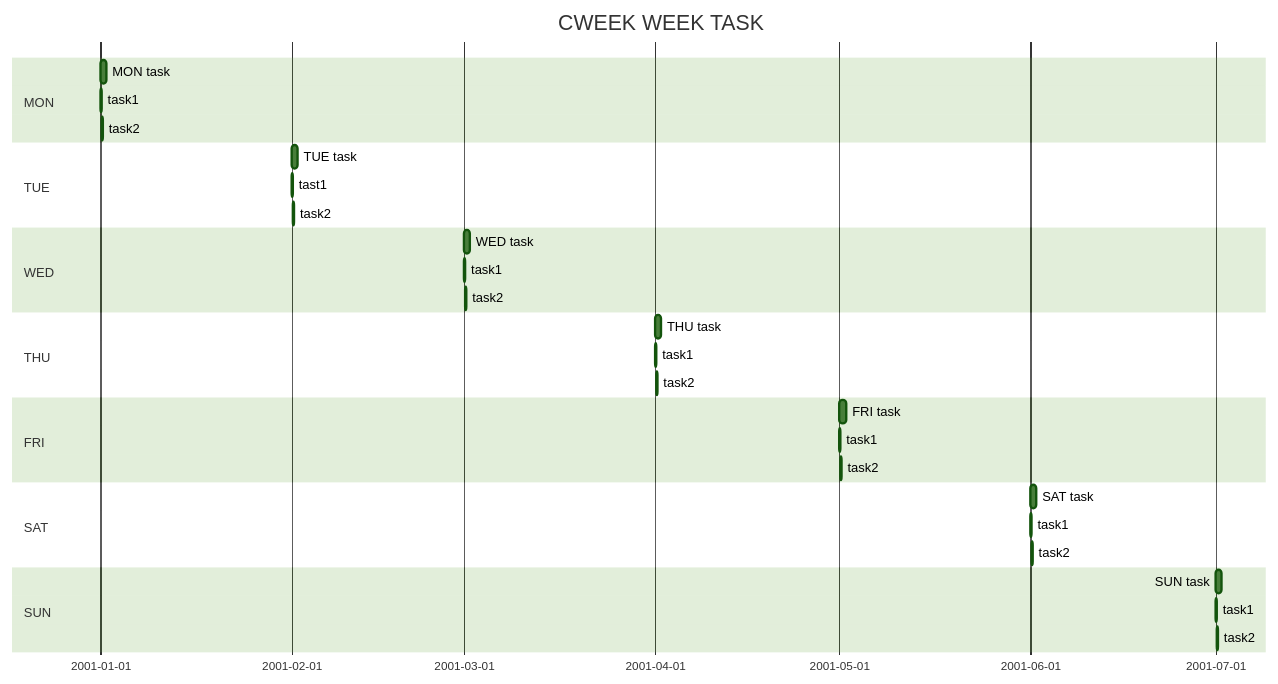
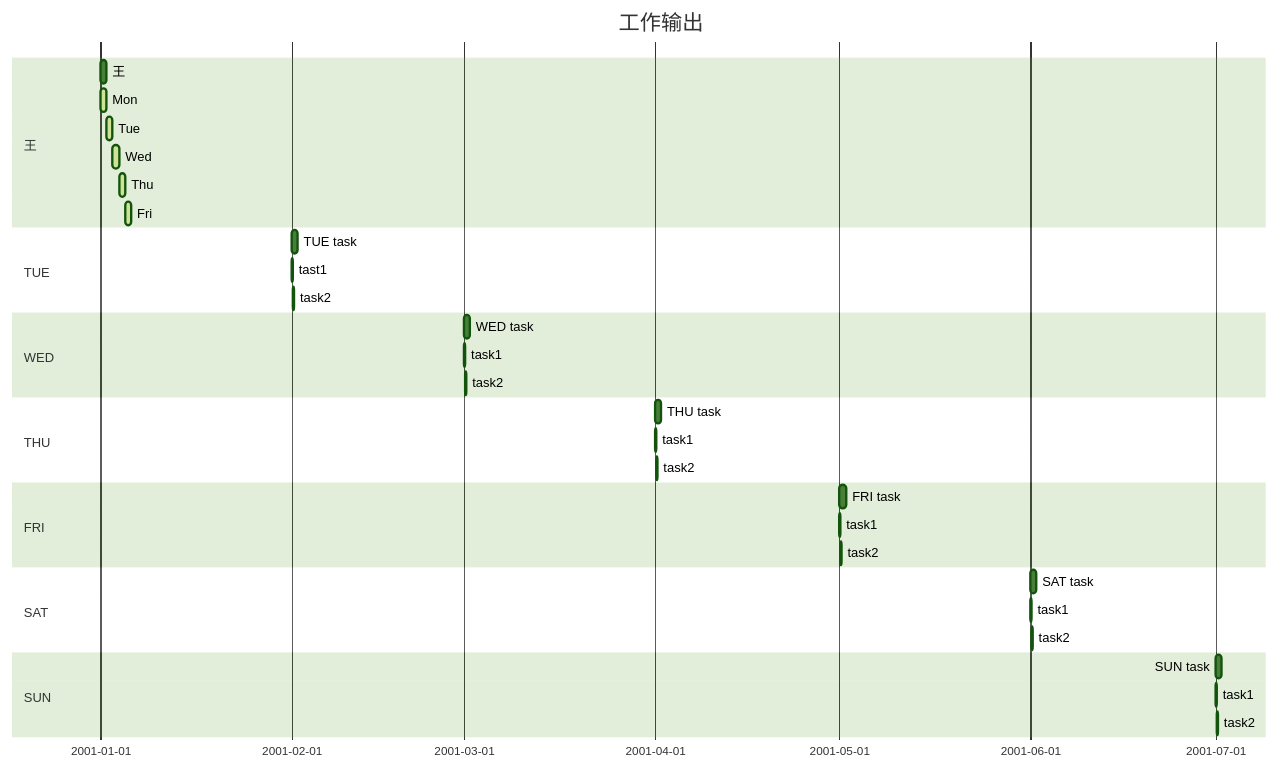
Before and after one commit to DC-Melo/README: the diagram in README.md, drawn with Mermaid (forest theme). The commit also changed other lines of this file, not shown here.

````diff
--- a/README.md
+++ b/README.md
@@ -72,40 +73,43 @@
 ```mermaid
 gantt
     dateFormat  YYYY-MM-DD
-    title CWEEK WEEK TASK
+    title 工作输出
 
-    section MON
-    MON task    : mon0p  , TOWEEK.1 , 1d
-    task1       : active , mon1f    , TOWEEK.1    , 4h
-    task2       : active , mon2f    , after mon1f , 4h
+    section 王
+    王    : mon0p  , TOWEEK.1 , 1d
+    Mon        : active , mon1f    , TOWEEK.1    , 1d
+    Tue        : active , mon2f    , after mon1f , 1d
+    Wed        : active , mon3f    , after mon2f , 1d
+    Thu        : active , mon4f    , after mon3f , 1d
+    Fri        : active , mon5f    , after mon4f , 1d
 
     section TUE
     TUE task    : tue0p  , TOWEEK.2 , 1d
     tast1       : active , tue1f    , TOWEEK.2    , 4h
     task2       : active , tue2f    , after tue1f , 4h
 
     section WED
     WED task    : wed0p  , TOWEEK.3 , 1d
     task1       : active , wed1f    , TOWEEK.3    , 4h
     task2       : active , wed2f    , after wed1f , 4h
 
     section THU
     THU task    : thu0p  , TOWEEK.4 , 1d
     task1       : active , thu1f    , TOWEEK.4    , 4h
     task2       : active , thu2f    , after thu1f , 4h
 
     section FRI
     FRI task    : fri0p  , TOWEEK.5 , 1d
     task1       : active , fri1f    , TOWEEK.5    , 4h
     task2       : active , fri2f    , after fri1f , 4h
 
     section SAT
     SAT task    : sat0p  , TOWEEK.6 , 1d
     task1       : active , sat1f    , TOWEEK.6    , 4h
     task2       : active , sat2f    , after sat1f , 4h
 
     section SUN
     SUN task    : sun0p  , TOWEEK.7 , 1d
     task1       : active , sun1f    , TOWEEK.7    , 4h
     task2       : active , sun2f    , after sun1f , 4h
 ```
````
